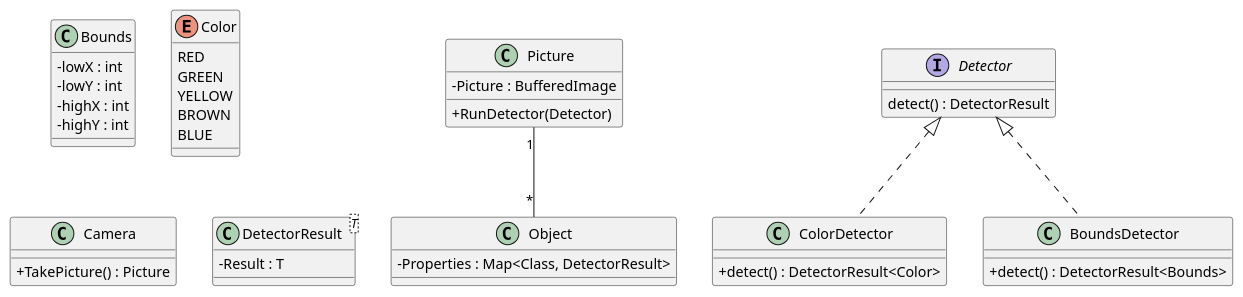
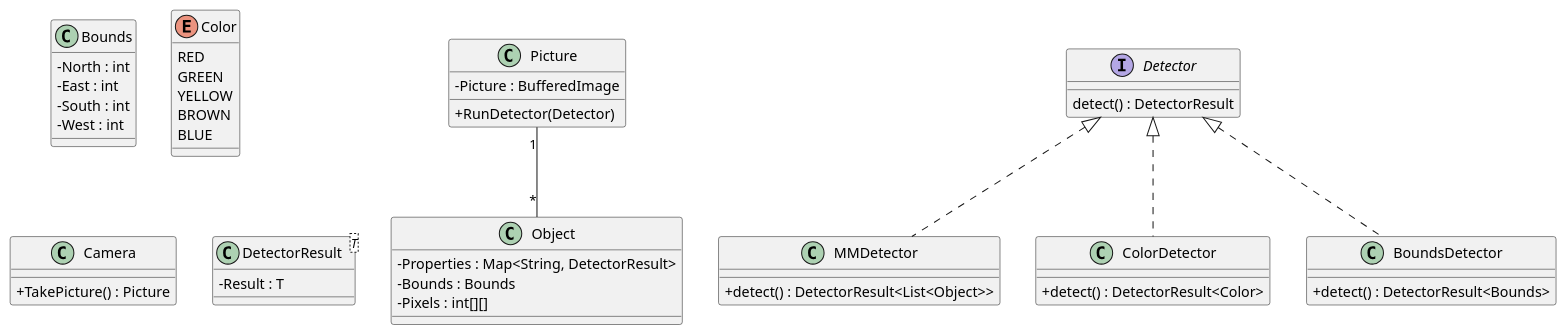
Before and after one commit to VincentBean/ProjRobotica: the diagram in src/ti02/robotica/UML/Class.puml, drawn with PlantUML. The commit also changed 9 other files, not shown here.

Commit message:
Update class diagram Add Classes

```diff
--- a/src/ti02/robotica/UML/Class.puml
+++ b/src/ti02/robotica/UML/Class.puml
@@ -1,68 +1,71 @@
 @startuml
 
 skinparam {
     classAttributeIconSize 0
     'shadowing false
     'handwritten true
     'monospace reverse
 }
 
 class Object {
-    - Properties : Map<Class, DetectorResult>
+    - Properties : Map<String, DetectorResult>
+    - Bounds : Bounds
+    - Pixels : int[][]
+
 }
 
 class Bounds {
-    - lowX : int
-    - lowY : int
-    - highX : int
-    - highY : int
+    - North : int
+    - East : int
+    - South : int
+    - West : int
 }
 
 enum Color {
     RED
     GREEN
     YELLOW
     BROWN
     BLUE
 }
 
 class Picture {
     - Picture : BufferedImage
     + RunDetector(Detector)
 }
 
 class Camera {
     + TakePicture() : Picture
 }
 
 interface Detector {
     detect() : DetectorResult
 }
 
-'class MMDetector implements Detector {
-'    + detect() : DetectorResult<MM>
-'}
+class MMDetector implements Detector {
+    + detect() : DetectorResult<List<Object>>
+}
 
 class ColorDetector implements Detector {
     + detect() : DetectorResult<Color>
 }
 
 class BoundsDetector implements Detector {
     + detect() : DetectorResult<Bounds>
 }
 
 class DetectorResult<T> {
     - Result : T
 }
 
 
 'Picture --* Camera
 
 
 'Picture "1" -- "*" Detector
 Picture "1" -- "*" Object
 
 'Object "1" --* Bounds
 'Object "1" --* Color
 
 @enduml
```
